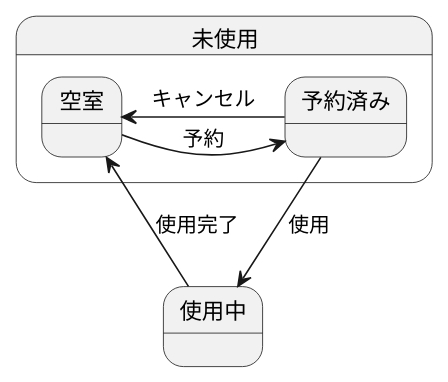
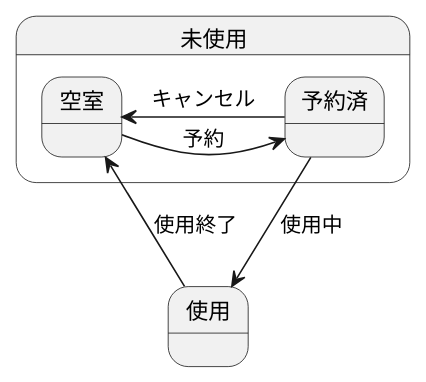
One commit to moppechan/uml_introduction changed the diagram in 演習6/演習6-2_SD_部屋オブジェクト.pu. Above: the diagram before and after it, drawn with PlantUML. The commit also changed 1 other file, not shown here.

```diff
--- a/演習6/演習6-2_SD_部屋オブジェクト.pu
+++ b/演習6/演習6-2_SD_部屋オブジェクト.pu
@@ -1,8 +1,8 @@
 @startuml 部屋オブジェクト
 state 未使用{
-空室-right-> 予約済み : 予約
-予約済み-left-> 空室 : キャンセル
+空室 -right-> 予約済 : 予約
+予約済 -left-> 空室 : キャンセル
 }
-予約済み -down-> 使用中 : 使用
-使用中 -up-> 空室 : 使用完了
+予約済 -down-> 使用 : 使用中
+使用 -up-> 空室 : 使用終了
 @enduml
```
